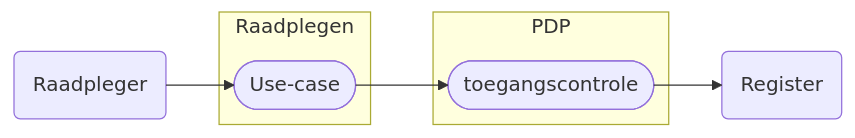
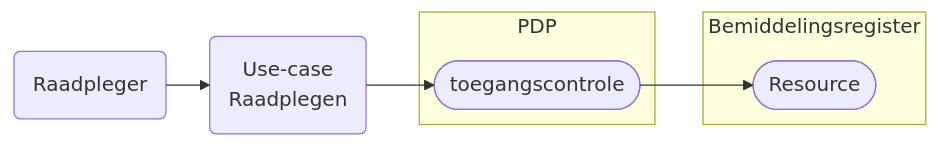
One commit to iStandaarden/koppelvlakspecificatie-netwerkmodel changed the diagram in docs/bemiddelingsregister/bemiddelingsregister-1/raadplegen/index.md. Above: the diagram before and after it, drawn with Mermaid. The commit also changed other lines of this file and 83 other files, not shown here.

````diff
--- a/docs/bemiddelingsregister/bemiddelingsregister-1/raadplegen/index.md
+++ b/docs/bemiddelingsregister/bemiddelingsregister-1/raadplegen/index.md
@@ -10,24 +5,23 @@
 ```mermaid
 ---
 config:
   theme: mc
   look: classic
   layout: elk
 ---
 flowchart LR
  subgraph s1["PDP"]
-          T["toegangscontrole"]
+          P["toegangscontrole"]
  end
- subgraph s2["Raadplegen"]
-          R["Use-case"]
-          
+ subgraph s2["Bemiddelingsregister"]
+          B["Resource"]
   end
     A["Raadpleger"] --> R
-    R --> T
-    T --> Rs["Register"]
-    R@{ shape: terminal}
-    T@{ shape: terminal}
+    R["Use-case<br>Raadplegen"] --> P
+    P --> B
+    B@{ shape: terminal}
+    P@{ shape: terminal}
     A@{ shape: rounded}
-    Rs@{ shape: rounded}
+    R@{ shape: rounded}
     
 ```
````
